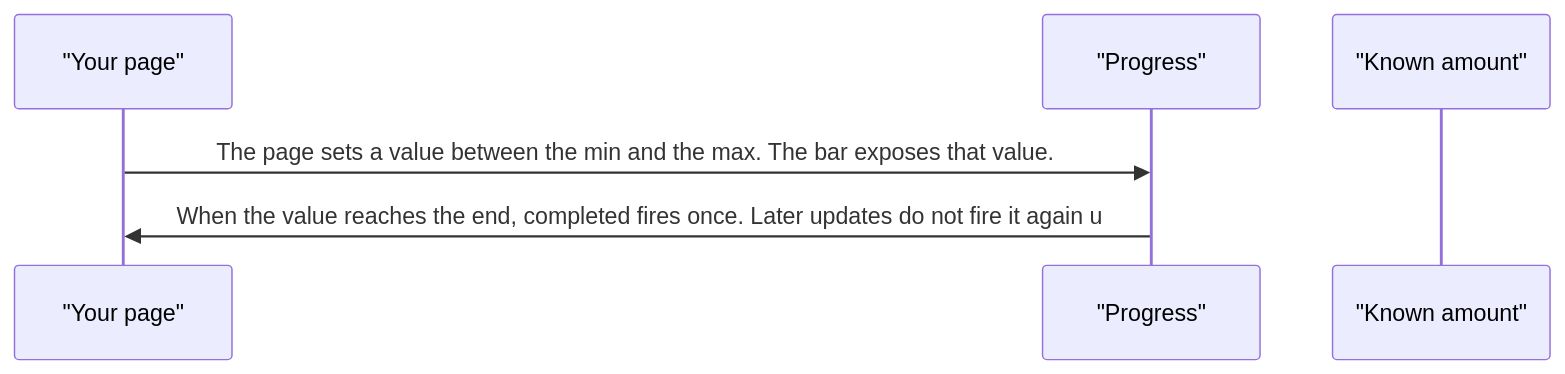
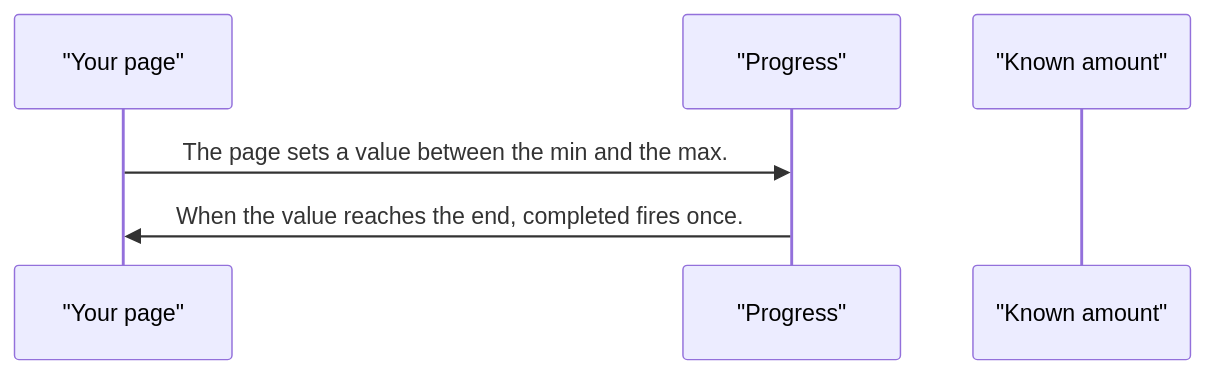
One commit to RajshekharBorate/pixel-ui changed the second of 3 diagrams in projects/pixel-ui/src/lib/pixel-progress/DESIGN.md. Above: the diagram before and after it, drawn with Mermaid. The commit also changed other lines of this file and 80 other files, not shown here.

Commit message:
Fill missing design flows and correct the stories that did not match component behavior.

````diff
--- a/projects/pixel-ui/src/lib/pixel-progress/DESIGN.md
+++ b/projects/pixel-ui/src/lib/pixel-progress/DESIGN.md
@@ -46,8 +46,8 @@
 ```mermaid
 sequenceDiagram
   participant page as "Your page"
   participant bar as "Progress"
   participant value as "Known amount"
-  page->>bar: The page sets a value between the min and the max. The bar exposes that value.
-  bar->>page: When the value reaches the end, completed fires once. Later updates do not fire it again u
+  page->>bar: The page sets a value between the min and the max.
+  bar->>page: When the value reaches the end, completed fires once.
 ```
````
